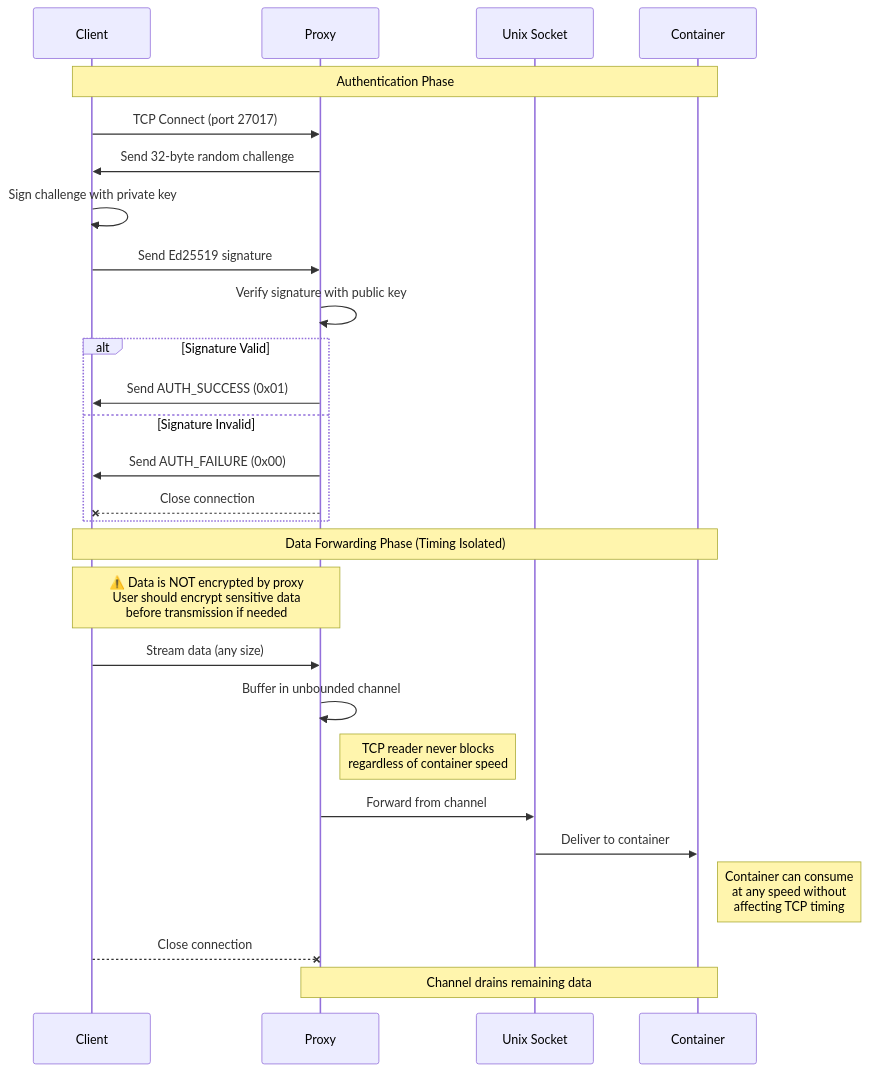
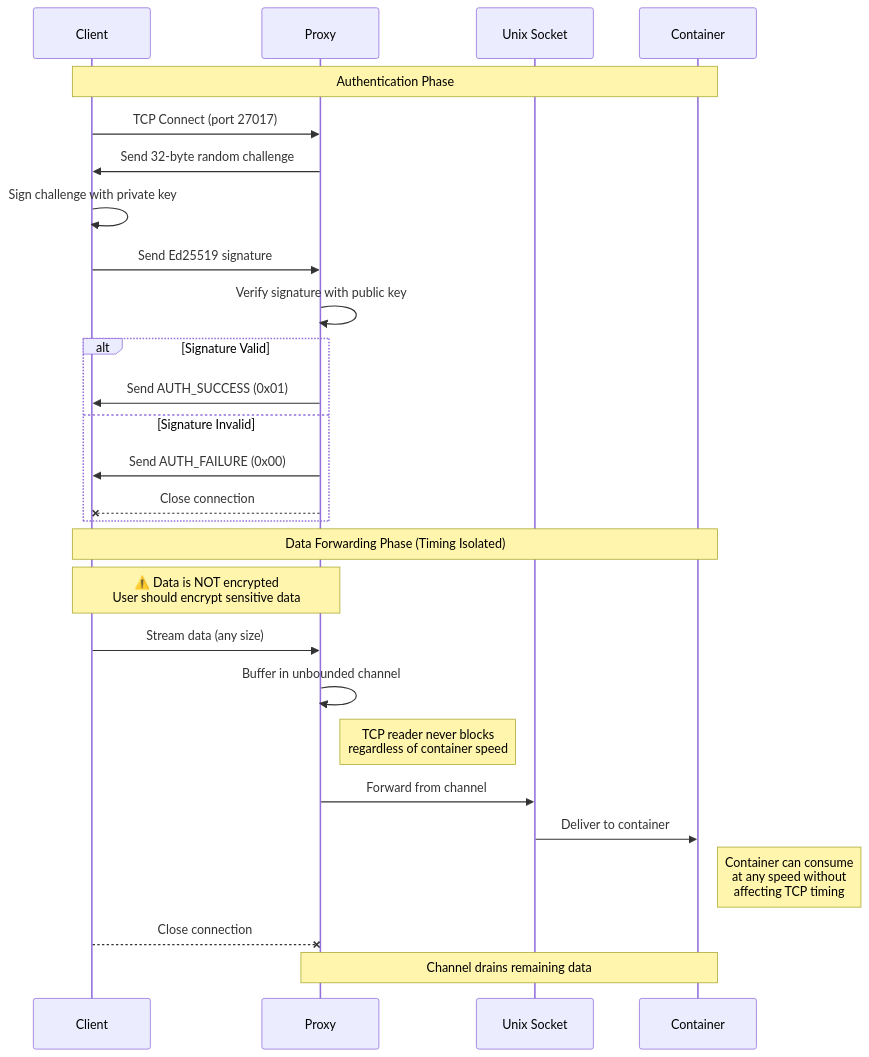
The first of 2 diagrams in README.md (flashbots/input-only-proxy), drawn with Mermaid before and after one commit. The commit also changed other lines of this file and 5 other files, not shown here.

````diff
--- a/README.md
+++ b/README.md
@@ -17,32 +19,32 @@
 ```mermaid
 sequenceDiagram
     participant C as Client
     participant P as Proxy
     participant U as Unix Socket
     participant Co as Container
     
     Note over C,Co: Authentication Phase
     C->>P: TCP Connect (port 27017)
     P->>C: Send 32-byte random challenge
     C->>C: Sign challenge with private key
     C->>P: Send Ed25519 signature
     P->>P: Verify signature with public key
     alt Signature Valid
         P->>C: Send AUTH_SUCCESS (0x01)
     else Signature Invalid
         P->>C: Send AUTH_FAILURE (0x00)
         P--xC: Close connection
     end
     
     Note over C,Co: Data Forwarding Phase (Timing Isolated)
-    Note over C,P: ⚠️ Data is NOT encrypted by proxy<br/>User should encrypt sensitive data<br/>before transmission if needed
+    Note over C,P: ⚠️ Data is NOT encrypted<br/>User should encrypt sensitive data
     C->>P: Stream data (any size)
     P->>P: Buffer in unbounded channel
     Note right of P: TCP reader never blocks<br/>regardless of container speed
     P->>U: Forward from channel
     U->>Co: Deliver to container
     Note right of Co: Container can consume<br/>at any speed without<br/>affecting TCP timing
     
     C--xP: Close connection
     Note over P,Co: Channel drains remaining data
 ```
````
